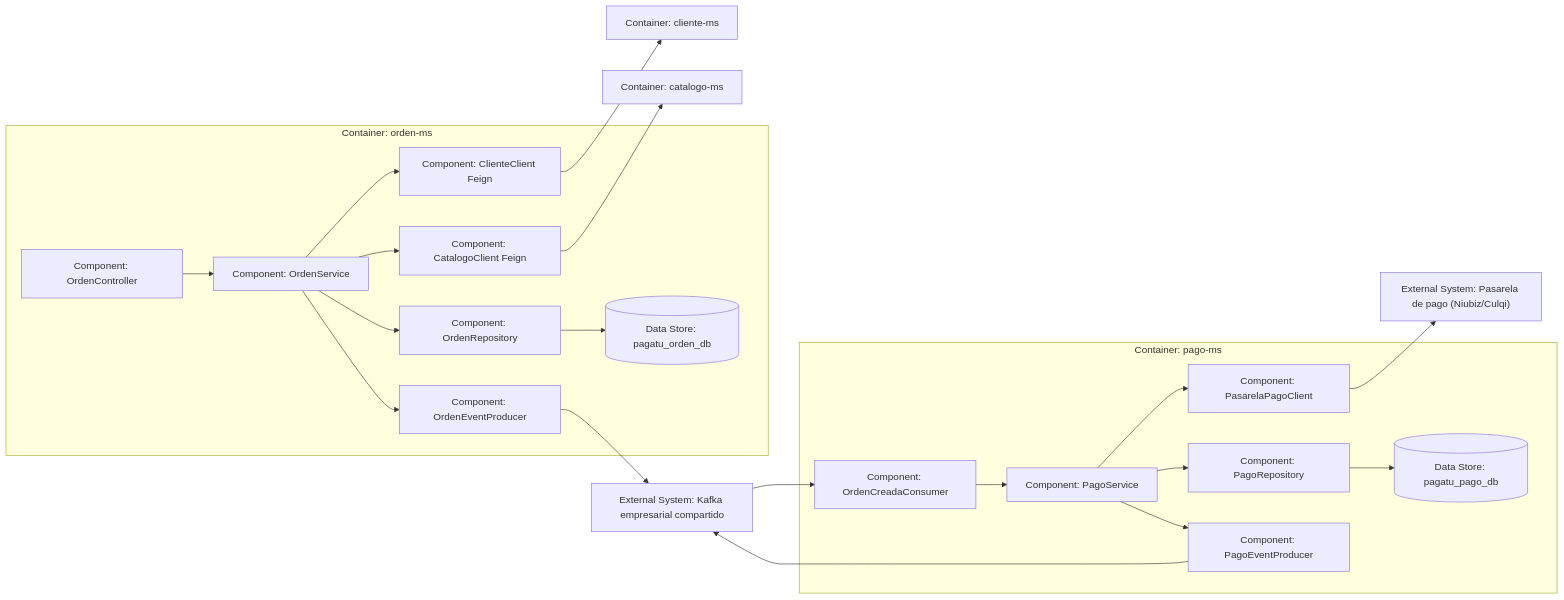
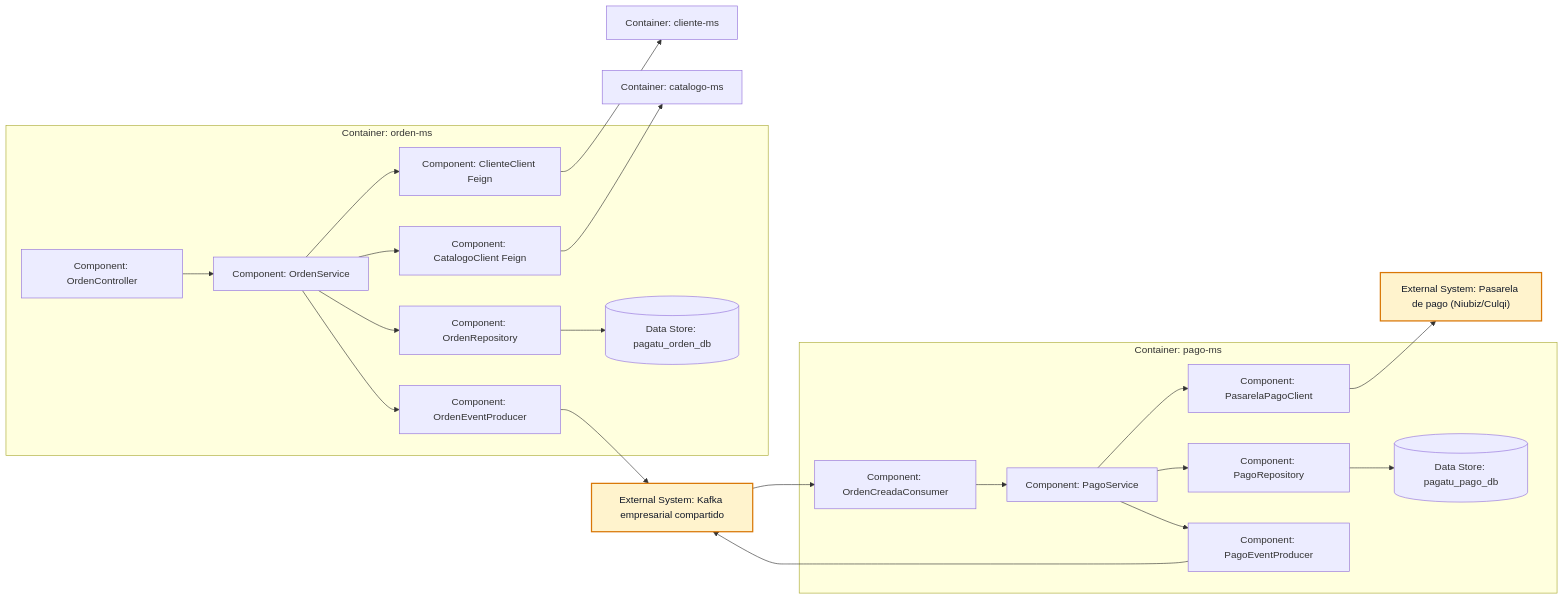
One commit to 262dist/pagatu changed the fifth of 10 diagrams in README.md. Above: the diagram before and after it, drawn with Mermaid. The commit also changed other lines of this file, not shown here.

````diff
--- a/README.md
+++ b/README.md
@@ -169,41 +178,44 @@
 ```mermaid
 flowchart LR
     subgraph orden["Container: orden-ms"]
         ordenController["Component: OrdenController"]
         ordenService["Component: OrdenService"]
         clienteClient["Component: ClienteClient Feign"]
         catalogoClient["Component: CatalogoClient Feign"]
         ordenProducer["Component: OrdenEventProducer"]
         ordenRepo["Component: OrdenRepository"]
         ordenDb[(Data Store: pagatu_orden_db)]
 
         ordenController --> ordenService
         ordenService --> clienteClient
         ordenService --> catalogoClient
         ordenService --> ordenRepo
         ordenService --> ordenProducer
         ordenRepo --> ordenDb
     end
 
     subgraph pago["Container: pago-ms"]
         pagoConsumer["Component: OrdenCreadaConsumer"]
         pagoService["Component: PagoService"]
         pasarelaClient["Component: PasarelaPagoClient"]
         pagoProducer["Component: PagoEventProducer"]
         pagoRepo["Component: PagoRepository"]
         pagoDb[(Data Store: pagatu_pago_db)]
 
         pagoConsumer --> pagoService
         pagoService --> pasarelaClient
         pagoService --> pagoRepo
         pagoService --> pagoProducer
         pagoRepo --> pagoDb
     end
 
     clienteClient --> cliente["Container: cliente-ms"]
     catalogoClient --> catalogo["Container: catalogo-ms"]
     ordenProducer --> kafka["External System: Kafka empresarial compartido"]
     kafka --> pagoConsumer
     pagoProducer --> kafka
     pasarelaClient --> pasarela["External System: Pasarela de pago (Niubiz/Culqi)"]
+
+    classDef external fill:#fff3cd,stroke:#d97706,stroke-width:2px,color:#111827
+    class kafka,pasarela external
 ```
````
